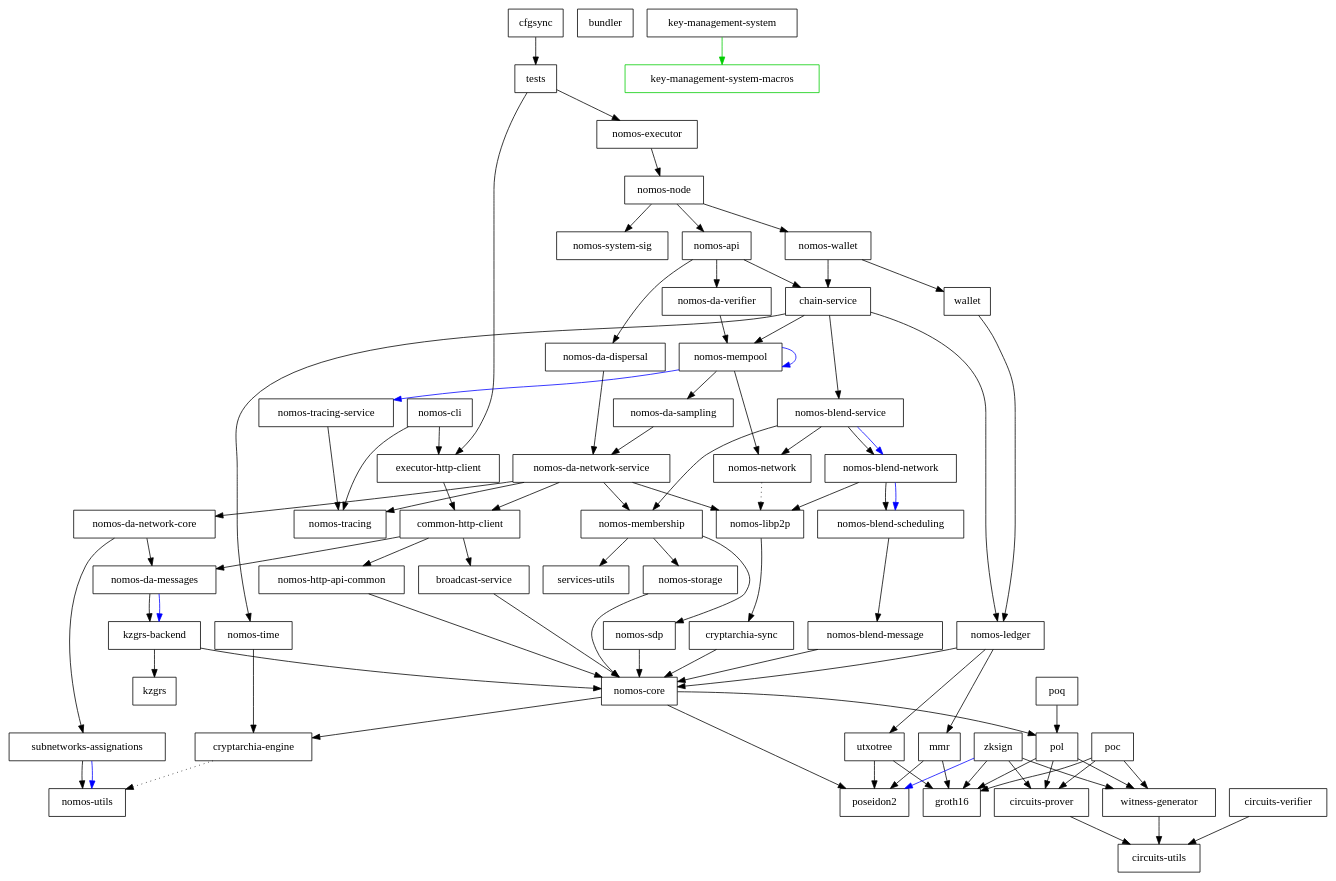
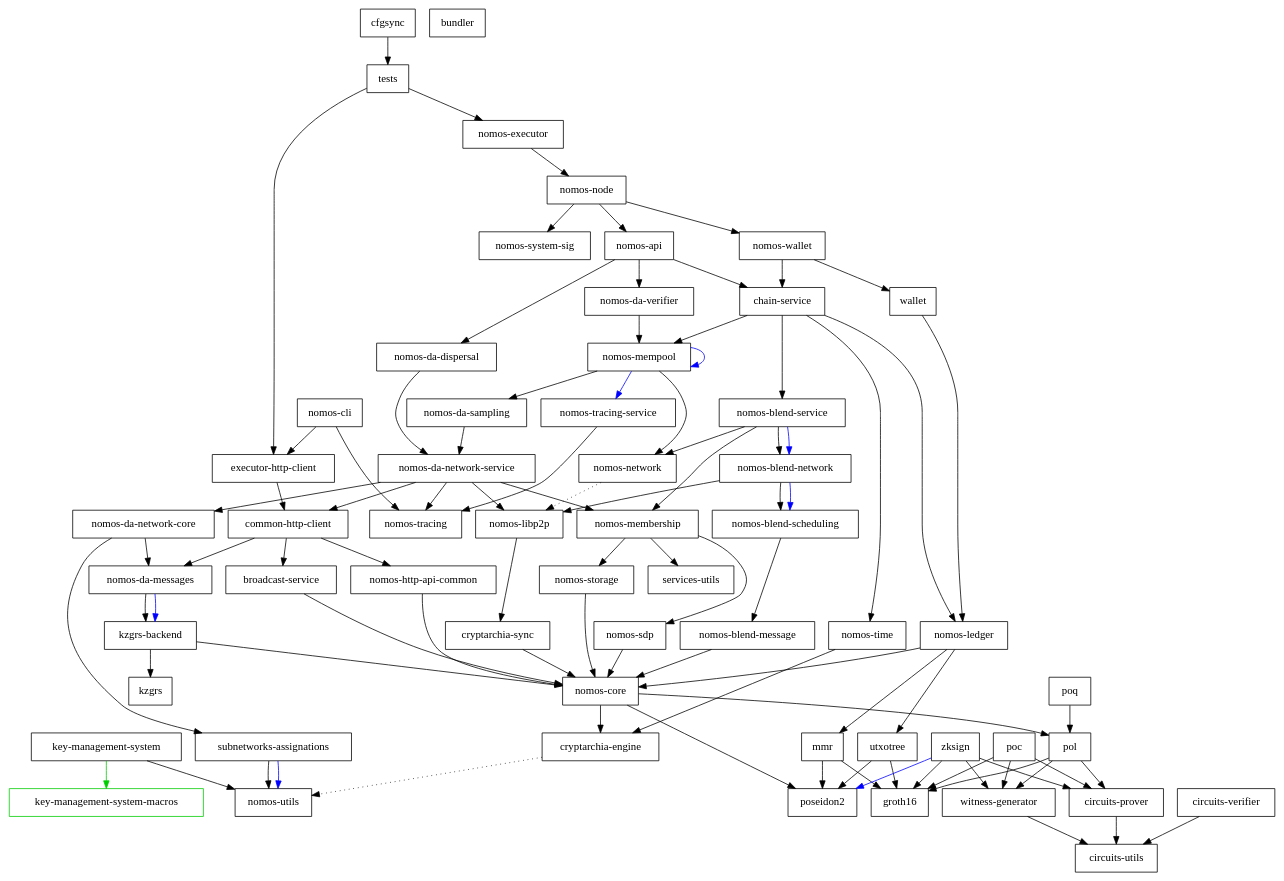
One commit to logos-co/nomos changed the diagram in dependencies_graph.dot. Above: the diagram before and after it, drawn with Graphviz. The commit also changed 9 other files, not shown here.

```diff
--- a/dependencies_graph.dot
+++ b/dependencies_graph.dot
@@ -1,149 +1,150 @@
 digraph {
     0 [ label = "cryptarchia-engine" shape = box]
     1 [ label = "nomos-utils" shape = box]
     2 [ label = "cryptarchia-sync" shape = box]
     3 [ label = "nomos-core" shape = box]
     4 [ label = "groth16" shape = box]
     5 [ label = "pol" shape = box]
     6 [ label = "circuits-prover" shape = box]
     7 [ label = "circuits-utils" shape = box]
     8 [ label = "witness-generator" shape = box]
     9 [ label = "poseidon2" shape = box]
     10 [ label = "nomos-ledger" shape = box]
     11 [ label = "mmr" shape = box]
     12 [ label = "utxotree" shape = box]
     13 [ label = "nomos-http-api-common" shape = box]
     14 [ label = "nomos-executor" shape = box]
     15 [ label = "broadcast-service" shape = box]
     16 [ label = "kzgrs-backend" shape = box]
     17 [ label = "kzgrs" shape = box]
     18 [ label = "nomos-api" shape = box]
     19 [ label = "chain-service" shape = box]
     20 [ label = "nomos-blend-service" shape = box]
     21 [ label = "nomos-blend-message" shape = box]
     22 [ label = "nomos-blend-network" shape = box]
     23 [ label = "nomos-blend-scheduling" shape = box]
     24 [ label = "nomos-libp2p" shape = box]
     25 [ label = "nomos-membership" shape = box]
     26 [ label = "nomos-sdp" shape = box]
     27 [ label = "nomos-storage" shape = box]
     28 [ label = "services-utils" shape = box]
     29 [ label = "nomos-network" shape = box]
     30 [ label = "nomos-da-sampling" shape = box]
     31 [ label = "nomos-da-network-core" shape = box]
     32 [ label = "nomos-da-messages" shape = box]
     33 [ label = "subnetworks-assignations" shape = box]
     34 [ label = "nomos-da-network-service" shape = box]
     35 [ label = "common-http-client" shape = box]
     36 [ label = "nomos-tracing" shape = box]
     37 [ label = "nomos-mempool" shape = box]
     38 [ label = "nomos-tracing-service" shape = box]
     39 [ label = "nomos-time" shape = box]
     40 [ label = "nomos-da-dispersal" shape = box]
     41 [ label = "nomos-da-verifier" shape = box]
     42 [ label = "nomos-node" shape = box]
     43 [ label = "nomos-system-sig" shape = box]
     44 [ label = "nomos-wallet" shape = box]
     45 [ label = "wallet" shape = box]
     46 [ label = "executor-http-client" shape = box]
     47 [ label = "bundler" shape = box]
     48 [ label = "nomos-cli" shape = box]
     49 [ label = "key-management-system" shape = box]
     50 [ label = "key-management-system-macros" shape = box, color = green3]
     51 [ label = "cfgsync" shape = box]
     52 [ label = "tests" shape = box]
     53 [ label = "circuits-verifier" shape = box]
     54 [ label = "poc" shape = box]
     55 [ label = "poq" shape = box]
     56 [ label = "zksign" shape = box]
     0 -> 1 [ style = dotted]
     2 -> 3 [ ]
     3 -> 0 [ ]
     3 -> 5 [ ]
     3 -> 9 [ ]
     5 -> 6 [ ]
     5 -> 4 [ ]
     5 -> 8 [ ]
     6 -> 7 [ ]
     8 -> 7 [ ]
     10 -> 11 [ ]
     10 -> 3 [ ]
     10 -> 12 [ ]
     11 -> 4 [ ]
     11 -> 9 [ ]
     12 -> 4 [ ]
     12 -> 9 [ ]
     13 -> 3 [ ]
     14 -> 42 [ ]
     15 -> 3 [ ]
     16 -> 17 [ ]
     16 -> 3 [ ]
     18 -> 19 [ ]
     18 -> 40 [ ]
     18 -> 41 [ ]
     19 -> 20 [ ]
     19 -> 10 [ ]
     19 -> 37 [ ]
     19 -> 39 [ ]
     20 -> 22 [ ]
     20 -> 22 [ color = blue]
     20 -> 25 [ ]
     20 -> 29 [ ]
     21 -> 3 [ ]
     22 -> 23 [ ]
     22 -> 23 [ color = blue]
     22 -> 24 [ ]
     23 -> 21 [ ]
     24 -> 2 [ ]
     25 -> 26 [ ]
     25 -> 27 [ ]
     25 -> 28 [ ]
     26 -> 3 [ ]
     27 -> 3 [ ]
     29 -> 24 [ style = dotted]
     30 -> 34 [ ]
     31 -> 32 [ ]
     31 -> 33 [ ]
     32 -> 16 [ ]
     32 -> 16 [ color = blue]
     33 -> 1 [ ]
     33 -> 1 [ color = blue]
     34 -> 35 [ ]
     34 -> 31 [ ]
     34 -> 24 [ ]
     34 -> 25 [ ]
     34 -> 36 [ ]
     35 -> 15 [ ]
     35 -> 32 [ ]
     35 -> 13 [ ]
     37 -> 30 [ ]
     37 -> 37 [ color = blue]
     37 -> 29 [ ]
     37 -> 38 [ color = blue]
     38 -> 36 [ ]
     39 -> 0 [ ]
     40 -> 34 [ ]
     41 -> 37 [ ]
     42 -> 18 [ ]
     42 -> 43 [ ]
     42 -> 44 [ ]
     44 -> 19 [ ]
     44 -> 45 [ ]
     45 -> 10 [ ]
     46 -> 35 [ ]
     48 -> 46 [ ]
     48 -> 36 [ ]
     49 -> 50 [ color = green3]
+    49 -> 1 [ ]
     51 -> 52 [ ]
     52 -> 46 [ ]
     52 -> 14 [ ]
     53 -> 7 [ ]
     54 -> 6 [ ]
     54 -> 4 [ ]
     54 -> 8 [ ]
     55 -> 5 [ ]
     56 -> 6 [ ]
     56 -> 4 [ ]
     56 -> 9 [ color = blue]
     56 -> 8 [ ]
 }
```
